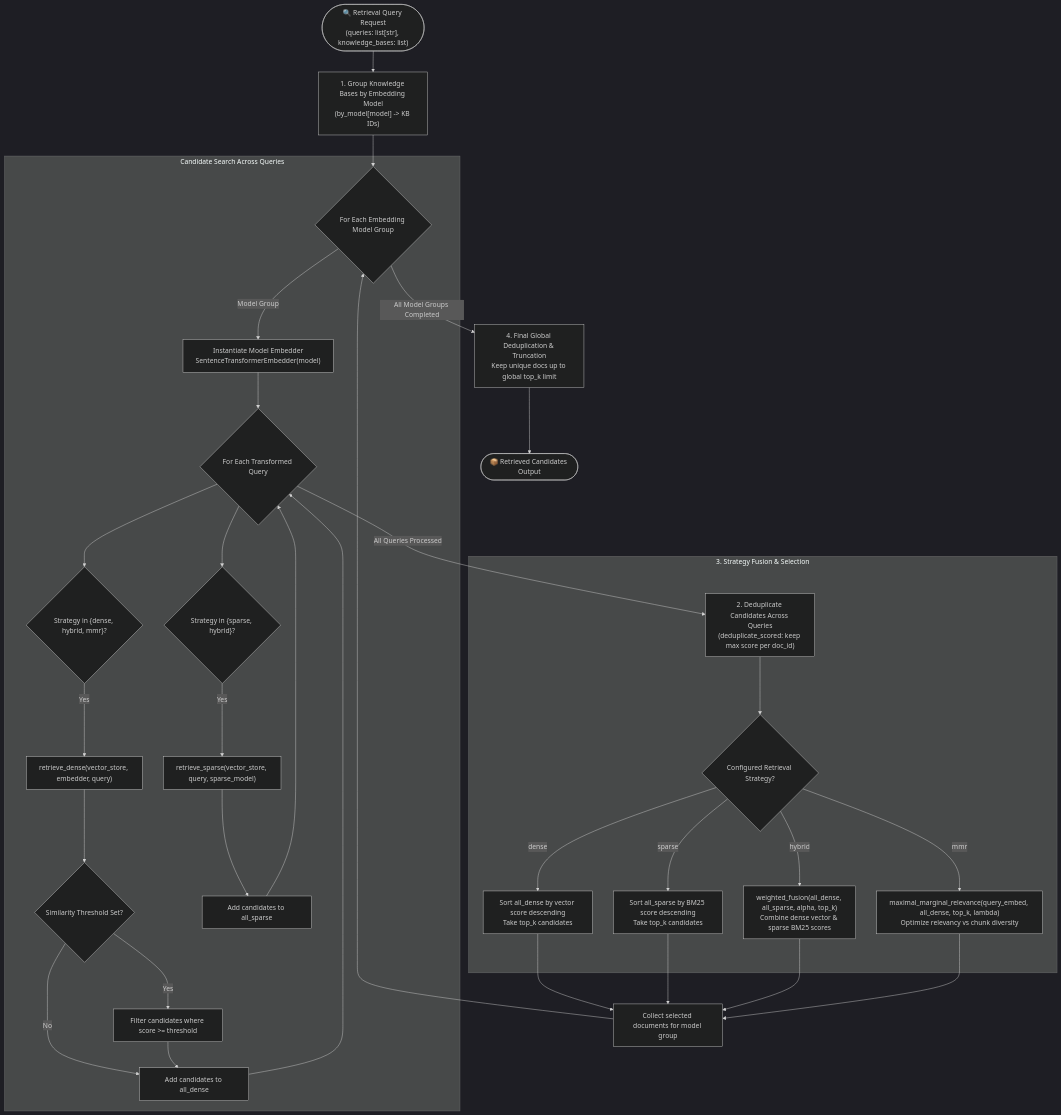
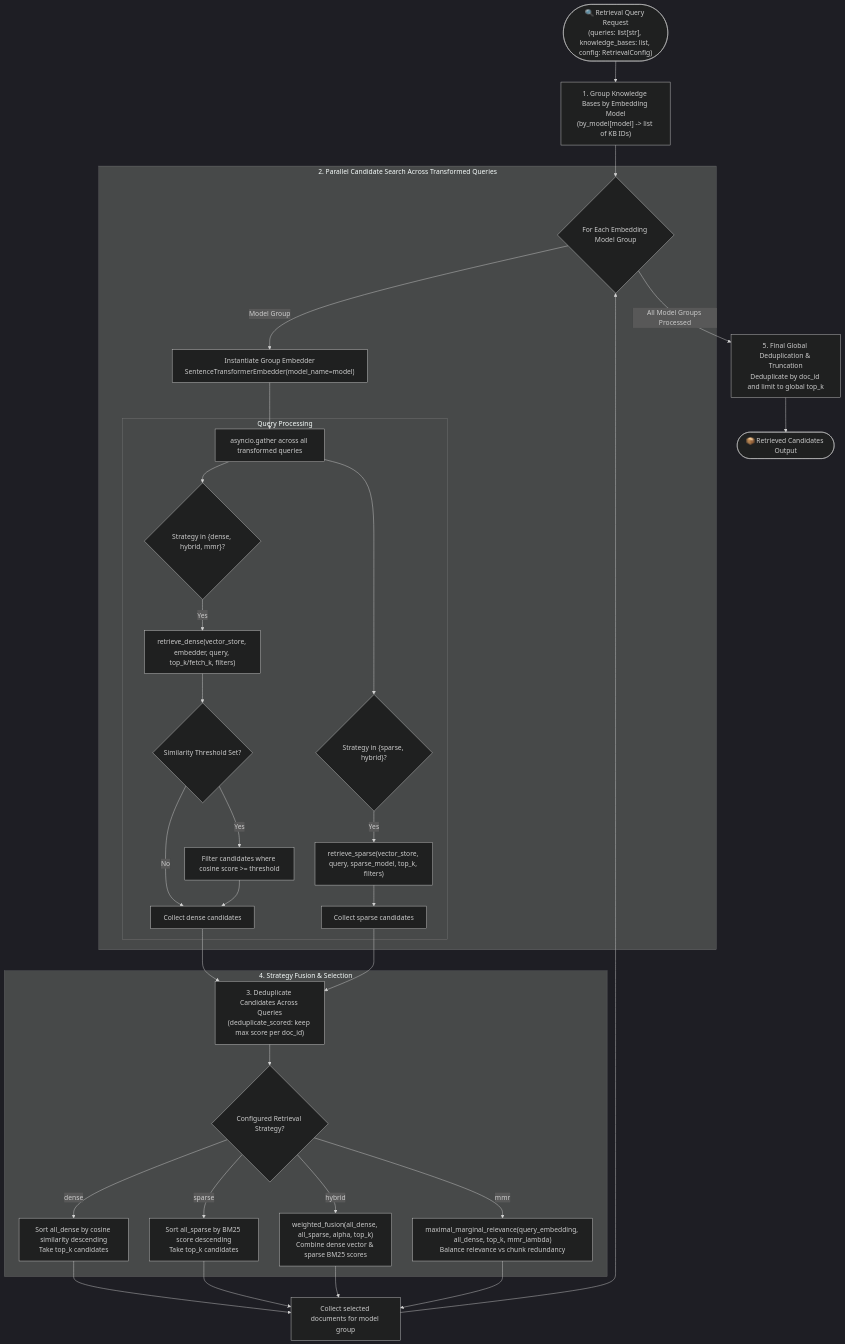
Before and after one commit to RahulSinghkarakoti/rag-labproject-backend: the diagram in flow/retrieval_pipeline.md, drawn with Mermaid (dark theme). The commit also changed other lines of this file and 129 other files, not shown here.

First line of the commit message:
Refactor query transformation and retrieval pipelines for improved clarity and performance

````diff
--- a/flow/retrieval_pipeline.md
+++ b/flow/retrieval_pipeline.md
@@ -9,48 +9,48 @@
 ```mermaid
 flowchart TD
-    Input(["🔍 Retrieval Query Request<br/>(queries: list[str], knowledge_bases: list)"]) --> GroupKB["1. Group Knowledge Bases by Embedding Model<br/>(by_model[model] -> KB IDs)"]
-    
+    Input(["🔍 Retrieval Query Request<br/>(queries: list[str], knowledge_bases: list, config: RetrievalConfig)"]) --> GroupKB["1. Group Knowledge Bases by Embedding Model<br/>(by_model[model] -> list of KB IDs)"]
+
     GroupKB --> ModelLoop{"For Each Embedding Model Group"}
-    
-    subgraph CandidateGathering ["Candidate Search Across Queries"]
-        ModelLoop -->|Model Group| InitEmbedder["Instantiate Model Embedder<br/>SentenceTransformerEmbedder(model)"]
-        InitEmbedder --> QueryLoop{"For Each Transformed Query"}
-        
-        %% Dense Branch
-        QueryLoop --> CheckDense{"Strategy in {dense, hybrid, mmr}?"}
-        CheckDense -->|Yes| DenseSearch["retrieve_dense(vector_store, embedder, query)"]
-        DenseSearch --> SimFilter{"Similarity Threshold Set?"}
-        SimFilter -->|Yes| FilterDense["Filter candidates where score >= threshold"]
-        SimFilter -->|No| CollectDense["Add candidates to all_dense"]
-        FilterDense --> CollectDense
-        
-        %% Sparse Branch
-        QueryLoop --> CheckSparse{"Strategy in {sparse, hybrid}?"}
-        CheckSparse -->|Yes| SparseSearch["retrieve_sparse(vector_store, query, sparse_model)"]
-        SparseSearch --> CollectSparse["Add candidates to all_sparse"]
-        
-        CollectDense --> QueryLoop
-        CollectSparse --> QueryLoop
+
+    subgraph CandidateGathering ["2. Parallel Candidate Search Across Transformed Queries"]
+        ModelLoop -->|Model Group| InitEmbedder["Instantiate Group Embedder<br/>SentenceTransformerEmbedder(model_name=model)"]
+        InitEmbedder --> QueryGather["asyncio.gather across all transformed queries"]
+
+        subgraph PerQuery ["Query Processing"]
+            %% Dense Branch
+            QueryGather --> CheckDense{"Strategy in {dense, hybrid, mmr}?"}
+            CheckDense -->|Yes| DenseSearch["retrieve_dense(vector_store, embedder, query, top_k/fetch_k, filters)"]
+            DenseSearch --> SimFilter{"Similarity Threshold Set?"}
+            SimFilter -->|Yes| FilterDense["Filter candidates where cosine score >= threshold"]
+            SimFilter -->|No| CollectDense["Collect dense candidates"]
+            FilterDense --> CollectDense
+
+            %% Sparse Branch
+            QueryGather --> CheckSparse{"Strategy in {sparse, hybrid}?"}
+            CheckSparse -->|Yes| SparseSearch["retrieve_sparse(vector_store, query, sparse_model, top_k, filters)"]
+            SparseSearch --> CollectSparse["Collect sparse candidates"]
+        end
     end
 
-    QueryLoop -->|All Queries Processed| DeduplicateQueries["2. Deduplicate Candidates Across Queries<br/>(deduplicate_scored: keep max score per doc_id)"]
+    CollectDense --> DeduplicateCandidates["3. Deduplicate Candidates Across Queries<br/>(deduplicate_scored: keep max score per doc_id)"]
+    CollectSparse --> DeduplicateCandidates
 
-    subgraph StrategySelection ["3. Strategy Fusion & Selection"]
-        DeduplicateQueries --> StrategyBranch{"Configured Retrieval Strategy?"}
-        
-        StrategyBranch -->|dense| SelectDense["Sort all_dense by vector score descending<br/>Take top_k candidates"]
+    subgraph StrategySelection ["4. Strategy Fusion & Selection"]
+        DeduplicateCandidates --> StrategyBranch{"Configured Retrieval Strategy?"}
+
+        StrategyBranch -->|dense| SelectDense["Sort all_dense by cosine similarity descending<br/>Take top_k candidates"]
         StrategyBranch -->|sparse| SelectSparse["Sort all_sparse by BM25 score descending<br/>Take top_k candidates"]
         StrategyBranch -->|hybrid| SelectHybrid["weighted_fusion(all_dense, all_sparse, alpha, top_k)<br/>Combine dense vector & sparse BM25 scores"]
-        StrategyBranch -->|mmr| SelectMMR["maximal_marginal_relevance(query_embed, all_dense, top_k, lambda)<br/>Optimize relevancy vs chunk diversity"]
+        StrategyBranch -->|mmr| SelectMMR["maximal_marginal_relevance(query_embedding, all_dense, top_k, mmr_lambda)<br/>Balance relevance vs chunk redundancy"]
     end
 
     SelectDense --> GroupCollect["Collect selected documents for model group"]
     SelectSparse --> GroupCollect
     SelectHybrid --> GroupCollect
     SelectMMR --> GroupCollect
 
     GroupCollect --> ModelLoop
-    ModelLoop -->|All Model Groups Completed| GlobalDeduplication["4. Final Global Deduplication & Truncation<br/>Keep unique docs up to global top_k limit"]
-    
+    ModelLoop -->|All Model Groups Processed| GlobalDeduplication["5. Final Global Deduplication & Truncation<br/>Deduplicate by doc_id and limit to global top_k"]
+
     GlobalDeduplication --> Output(["📦 Retrieved Candidates Output"])
 ```
````
